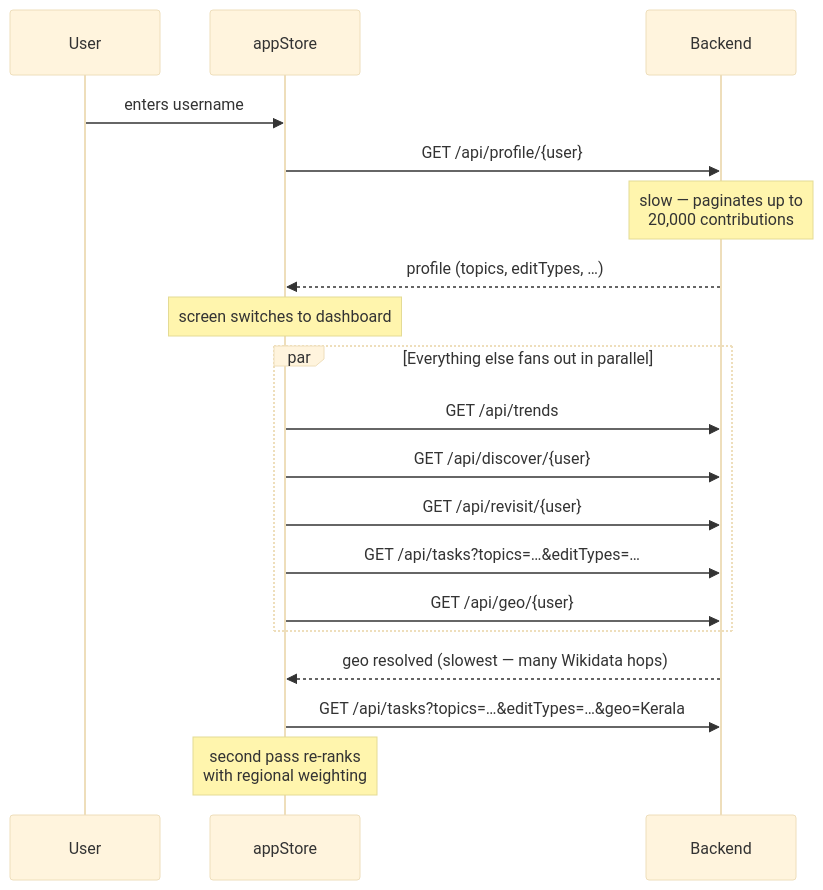
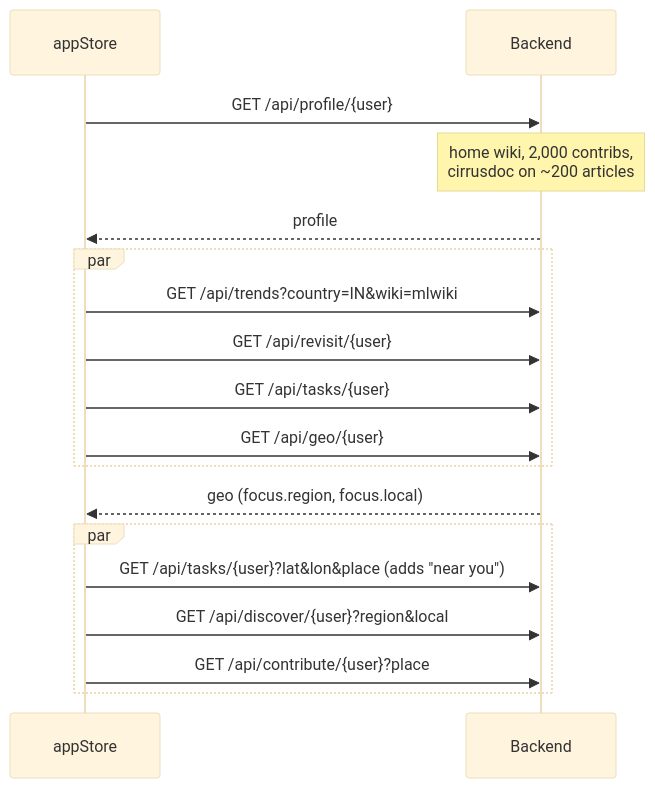
Before and after one commit to Wikimedians-of-Kerala-UG-Technical/Compass: the second of 2 diagrams in wiki/Architecture.md, drawn with Mermaid (base theme). The commit also changed other lines of this file and 16 other files, not shown here.

````diff
--- a/wiki/Architecture.md
+++ b/wiki/Architecture.md
@@ -71,24 +65,21 @@
 ```mermaid
 sequenceDiagram
-    participant U as User
     participant S as appStore
     participant B as Backend
 
-    U->>S: enters username
     S->>B: GET /api/profile/{user}
-    Note over B: slow — paginates up to<br/>20,000 contributions
-    B-->>S: profile (topics, editTypes, …)
-    Note over S: screen switches to dashboard
-
-    par Everything else fans out in parallel
-        S->>B: GET /api/trends
-        S->>B: GET /api/discover/{user}
+    Note over B: home wiki, 2,000 contribs,<br/>cirrusdoc on ~200 articles
+    B-->>S: profile
+    par
+        S->>B: GET /api/trends?country=IN&wiki=mlwiki
         S->>B: GET /api/revisit/{user}
-        S->>B: GET /api/tasks?topics=…&editTypes=…
+        S->>B: GET /api/tasks/{user}
         S->>B: GET /api/geo/{user}
     end
-
-    B-->>S: geo resolved (slowest — many Wikidata hops)
-    S->>B: GET /api/tasks?topics=…&editTypes=…&geo=Kerala
-    Note over S: second pass re-ranks<br/>with regional weighting
+    B-->>S: geo (focus.region, focus.local)
+    par
+        S->>B: GET /api/tasks/{user}?lat&lon&place   (adds "near you")
+        S->>B: GET /api/discover/{user}?region&local
+        S->>B: GET /api/contribute/{user}?place
+    end
 ```
````
